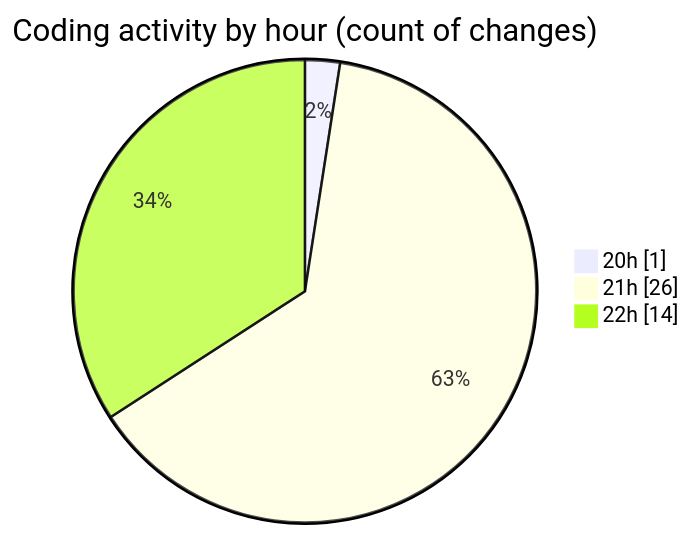
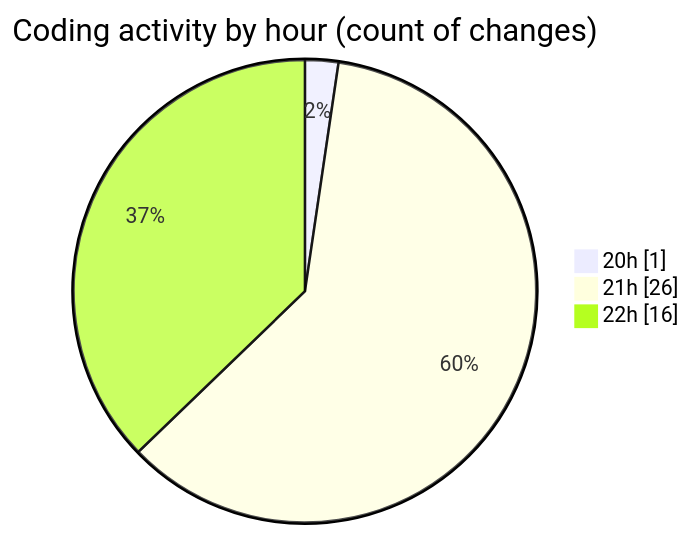
Before and after one commit to Ritupan-Deka/code-tracking: the second of 2 diagrams in 2025-02-15/0starter_files/README.md, drawn with Mermaid. The commit also changed other lines of this file and 1 other file, not shown here.

````diff
--- a/2025-02-15/0starter_files/README.md
+++ b/2025-02-15/0starter_files/README.md
@@ -28,7 +28,7 @@
 ```mermaid
 pie showData
 title Coding activity by hour (count of changes)
 "20h" : 1
 "21h" : 26
-"22h" : 14
+"22h" : 16
 ```
````
